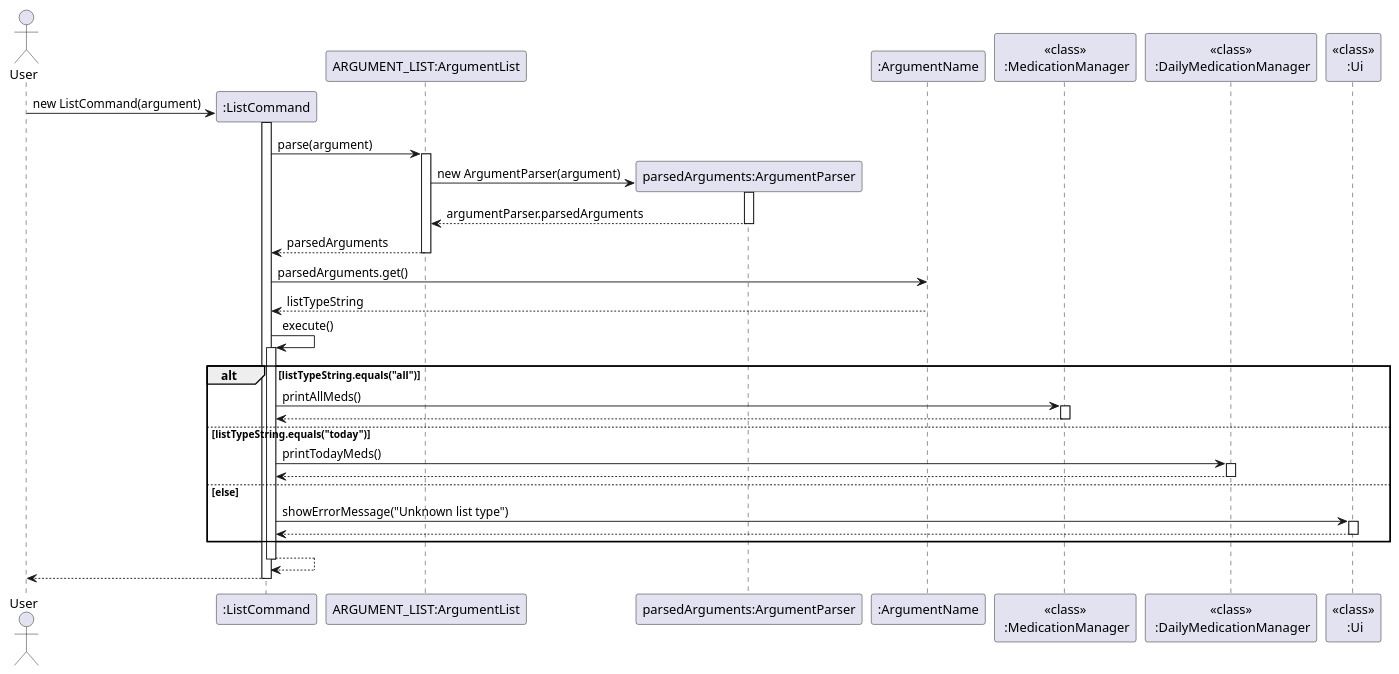
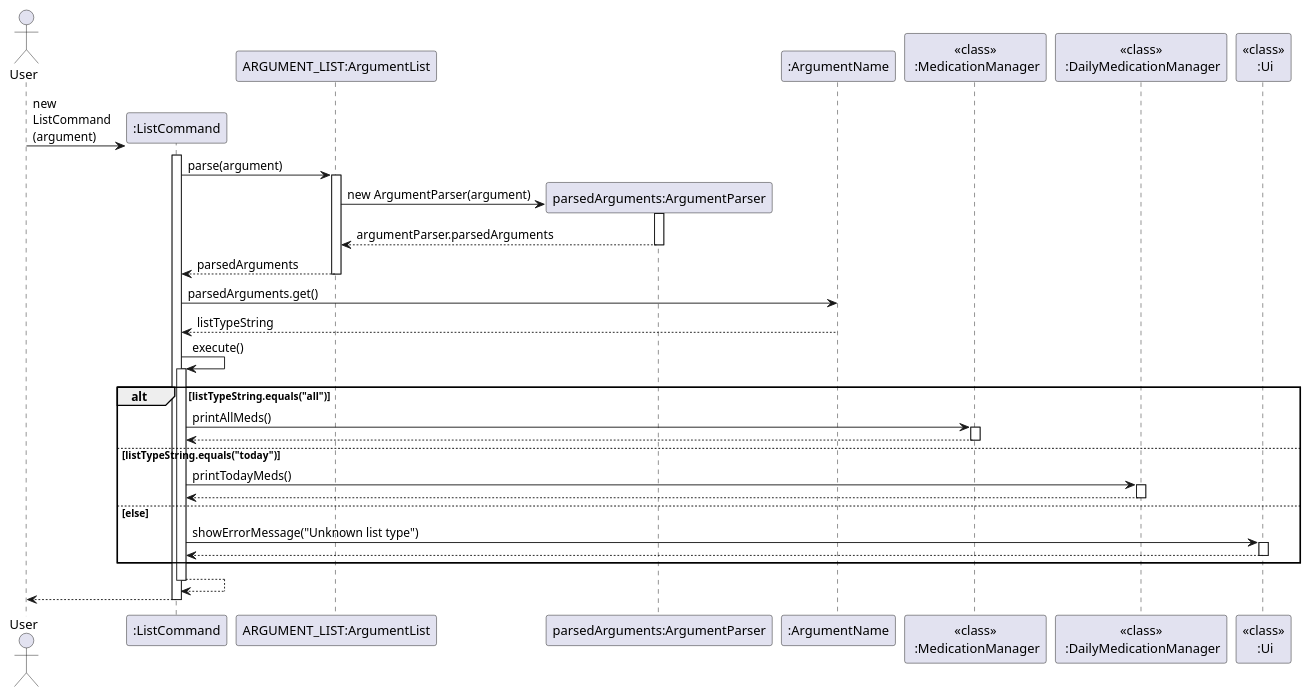
The diagram in docs/diagrams/ListCommand.puml (e0958902/tp), drawn with PlantUML before and after one commit. The commit also changed 1 other file, not shown here.

Commit message:
Updates ListCommand uml

```diff
--- a/docs/diagrams/ListCommand.puml
+++ b/docs/diagrams/ListCommand.puml
@@ -1,48 +1,48 @@
 @startuml
 'https://plantuml.com/sequence-diagram
 
 actor User
 
 participant ":ListCommand" as LC
 participant "ARGUMENT_LIST:ArgumentList" as AL
 
-User -> LC ** : new ListCommand(argument)
+User -> LC ** : new \nListCommand\n(argument)
 activate LC
 LC -> AL: parse(argument)
 activate AL
 AL -> "parsedArguments:ArgumentParser" as AP ** : new ArgumentParser(argument)
 activate AP
 return argumentParser.parsedArguments
 return parsedArguments
 deactivate AP
 deactivate AL
 
 participant ":ArgumentName" as AN
 participant "<<class>>\n :MedicationManager" as MM
 participant "<<class>>\n :DailyMedicationManager" as DM
 participant "<<class>>\n :Ui" as UI
 LC -> AN: parsedArguments.get()
 return listTypeString
 LC -> LC: execute()
 activate LC
     alt listTypeString.equals("all")
         LC -> MM: printAllMeds()
         activate MM
         return
         deactivate MM
     else listTypeString.equals("today")
         LC -> DM: printTodayMeds()
         activate DM
         return
         deactivate DM
     else else
         LC -> UI: showErrorMessage("Unknown list type")
         activate UI
         return
         deactivate UI
     end
 LC --> LC
 deactivate LC
 LC --> User
 deactivate LC
 @enduml
```
